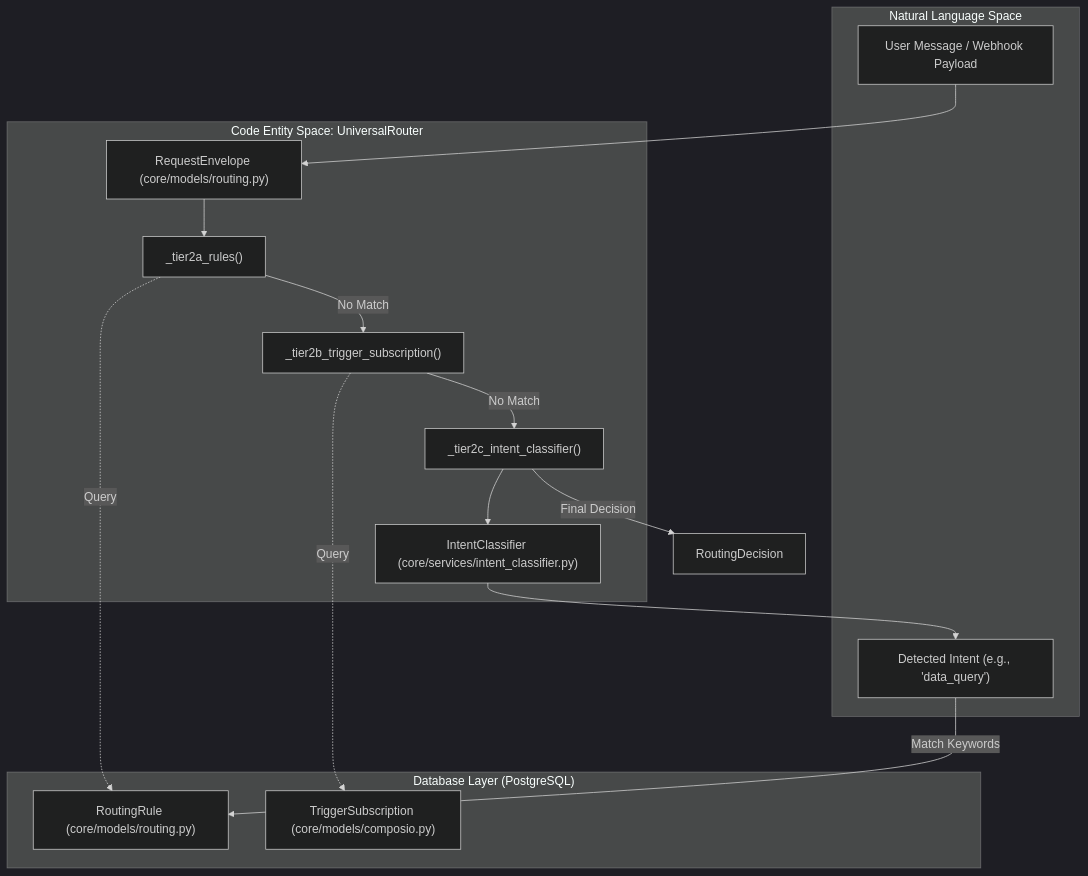
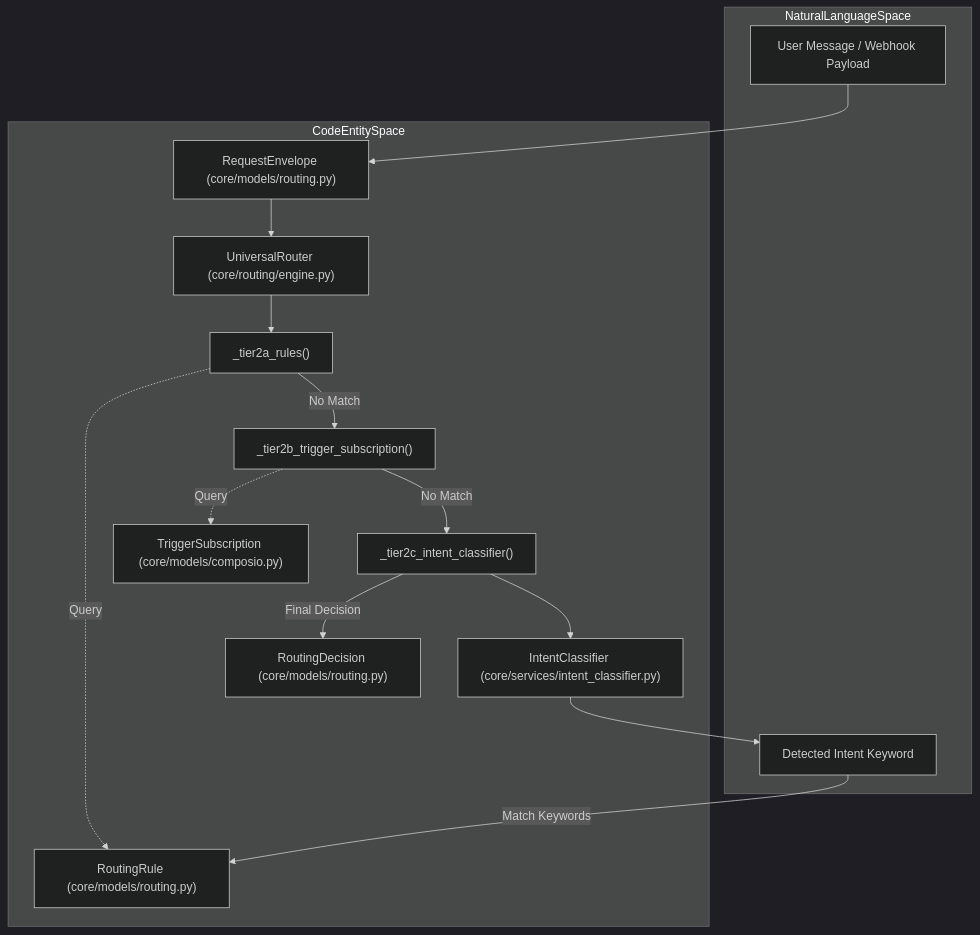
Before and after one commit to AutomatosAI/automatos-ai: the first of 2 diagrams in docs/universal-router/tier-2-rule-based-routing.md, drawn with Mermaid (dark theme). The commit also changed other lines of this file and 191 other files, not shown here.

````diff
--- a/docs/universal-router/tier-2-rule-based-routing.md
+++ b/docs/universal-router/tier-2-rule-based-routing.md
@@ -43,31 +55,31 @@
 ```mermaid
 graph TD
-    subgraph "Natural Language Space"
+    subgraph "NaturalLanguageSpace"
         UserMsg["User Message / Webhook Payload"]
-        Intent["Detected Intent (e.g., 'data_query')"]
+        Intent["Detected Intent Keyword"]
     end
 
-    subgraph "Code Entity Space: UniversalRouter"
+    subgraph "CodeEntitySpace"
         RE["RequestEnvelope (core/models/routing.py)"]
+        UR["UniversalRouter (core/routing/engine.py)"]
         T2a["_tier2a_rules()"]
         T2b["_tier2b_trigger_subscription()"]
         T2c["_tier2c_intent_classifier()"]
         IC["IntentClassifier (core/services/intent_classifier.py)"]
-    end
-
-    subgraph "Database Layer (PostgreSQL)"
         RR["RoutingRule (core/models/routing.py)"]
         TS["TriggerSubscription (core/models/composio.py)"]
+        RD["RoutingDecision (core/models/routing.py)"]
     end
 
     UserMsg --> RE
-    RE --> T2a
+    RE --> UR
+    UR --> T2a
     T2a -.->|"Query"| RR
     T2a -->|"No Match"| T2b
     T2b -.->|"Query"| TS
     T2b -->|"No Match"| T2c
     T2c --> IC
     IC --> Intent
     Intent -->|"Match Keywords"| RR
-    T2c -->|"Final Decision"| RD["RoutingDecision"]
+    T2c -->|"Final Decision"| RD
 ```
````
